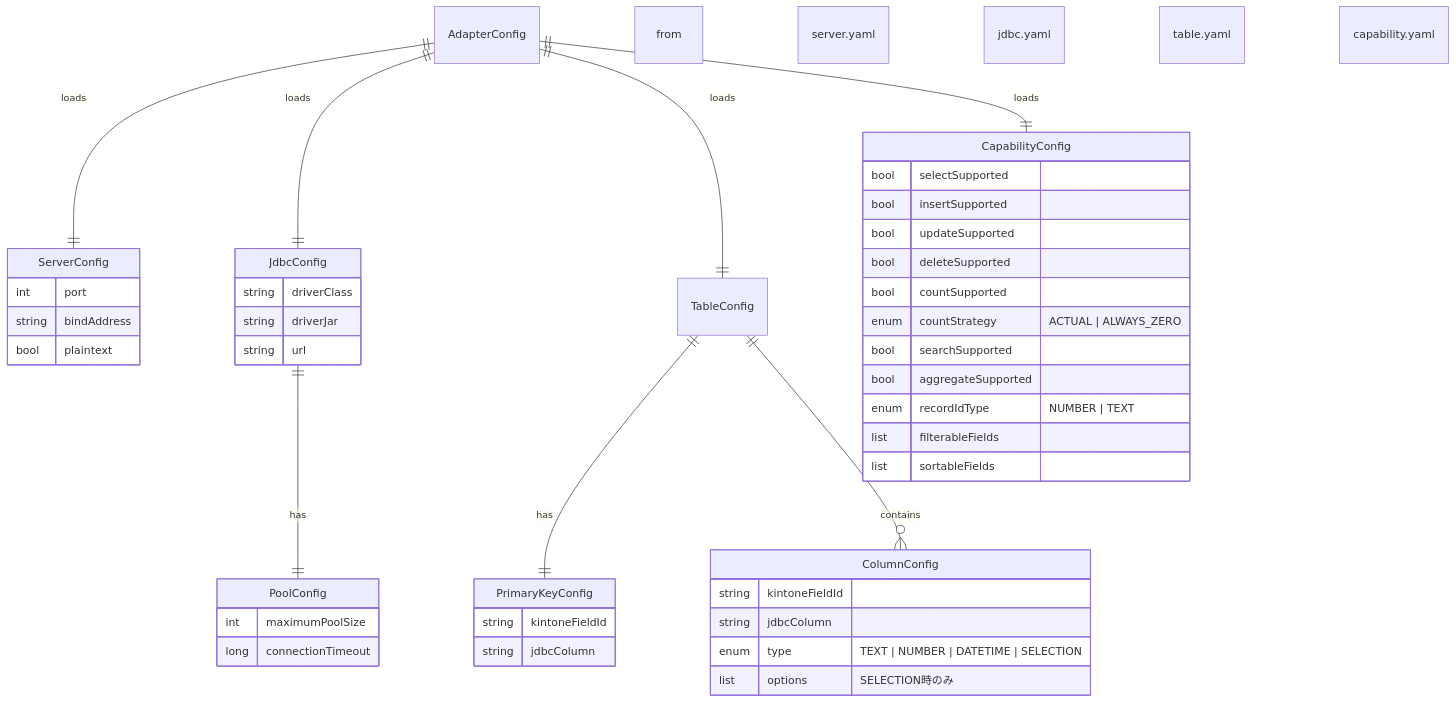
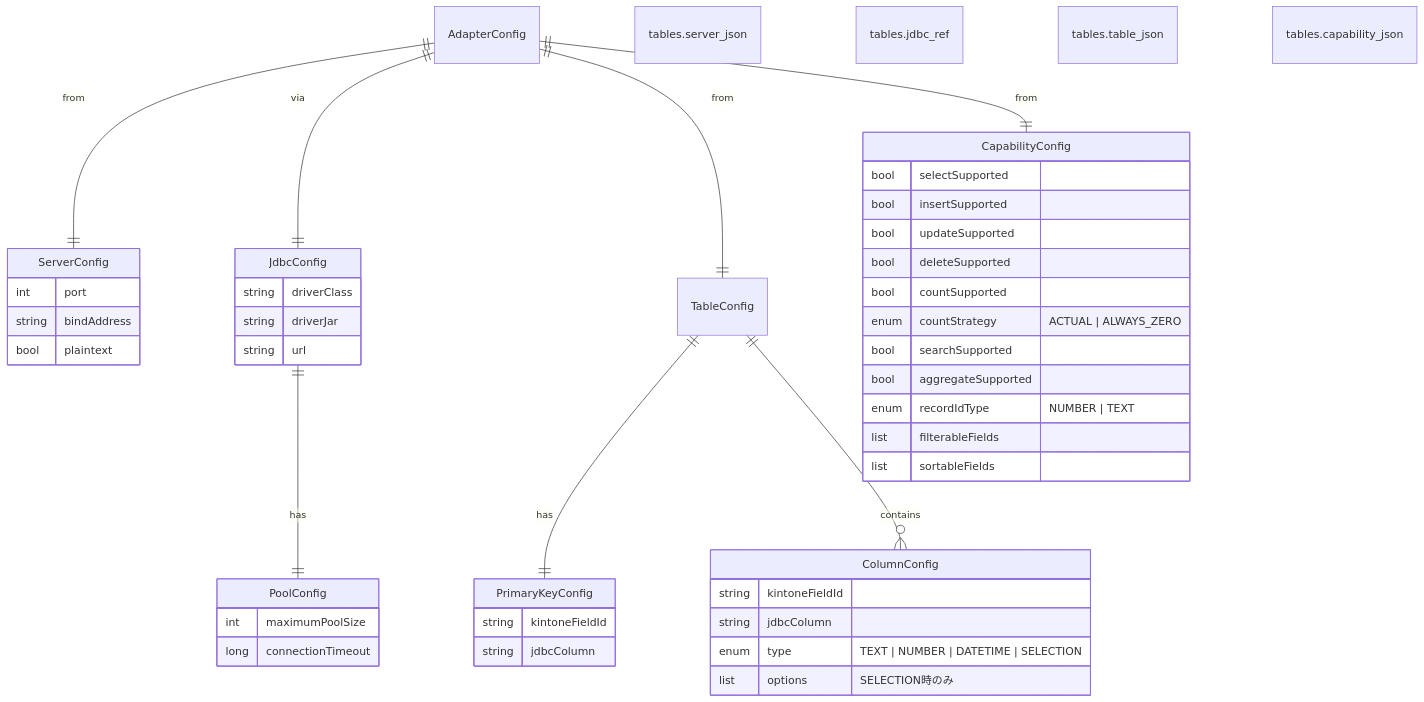
One commit to sugimomoto/KintoneExternalAppCDataSample changed the ninth of 11 diagrams in docs/functional-design.md. Above: the diagram before and after it, drawn with Mermaid. The commit also changed other lines of this file and 85 other files, not shown here.

First line of the commit message:
refactor(config): YAML 設定ストアを廃止し SQLite に一本化

````diff
--- a/docs/functional-design.md
+++ b/docs/functional-design.md
@@ -431,53 +410,53 @@
 ```mermaid
 erDiagram
-    AdapterConfig ||--|| ServerConfig : loads from server.yaml
-    AdapterConfig ||--|| JdbcConfig : loads from jdbc.yaml
-    AdapterConfig ||--|| TableConfig : loads from table.yaml
-    AdapterConfig ||--|| CapabilityConfig : loads from capability.yaml
+    AdapterConfig ||--|| ServerConfig : from tables.server_json
+    AdapterConfig ||--|| JdbcConfig : via tables.jdbc_ref
+    AdapterConfig ||--|| TableConfig : from tables.table_json
+    AdapterConfig ||--|| CapabilityConfig : from tables.capability_json
     JdbcConfig ||--|| PoolConfig : has
     TableConfig ||--|| PrimaryKeyConfig : has
     TableConfig ||--o{ ColumnConfig : contains
 
     ServerConfig {
         int port
         string bindAddress
         bool plaintext
     }
 
     JdbcConfig {
         string driverClass
         string driverJar
         string url
     }
 
     PoolConfig {
         int maximumPoolSize
         long connectionTimeout
     }
 
     CapabilityConfig {
         bool selectSupported
         bool insertSupported
         bool updateSupported
         bool deleteSupported
         bool countSupported
         enum countStrategy "ACTUAL | ALWAYS_ZERO"
         bool searchSupported
         bool aggregateSupported
         enum recordIdType "NUMBER | TEXT"
         list filterableFields
         list sortableFields
     }
 
     PrimaryKeyConfig {
         string kintoneFieldId
         string jdbcColumn
     }
 
     ColumnConfig {
         string kintoneFieldId
         string jdbcColumn
         enum type "TEXT | NUMBER | DATETIME | SELECTION"
         list options "SELECTION時のみ"
     }
 ```
````
